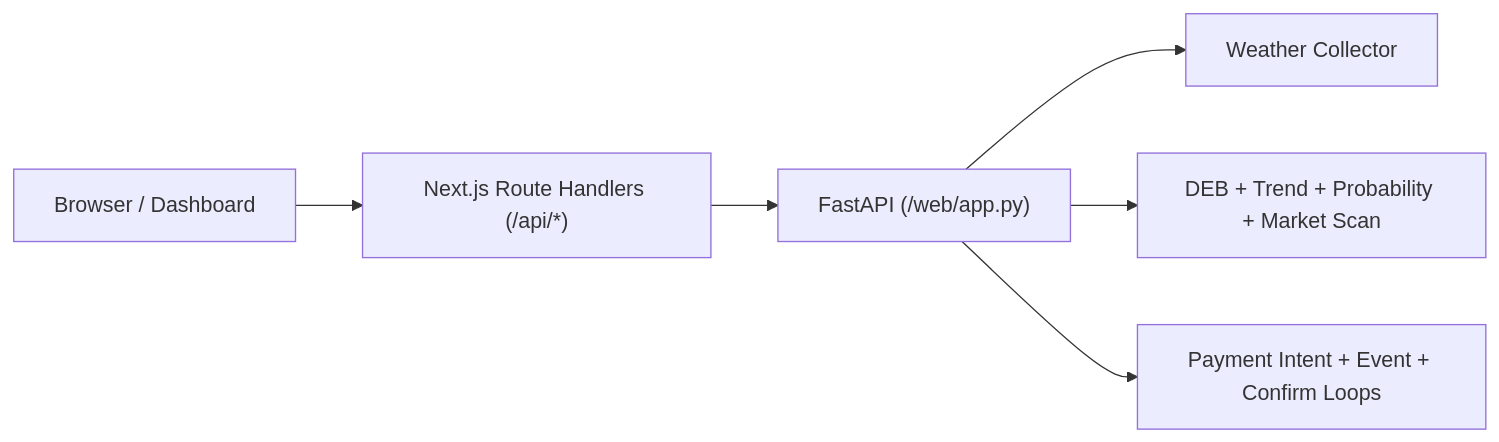
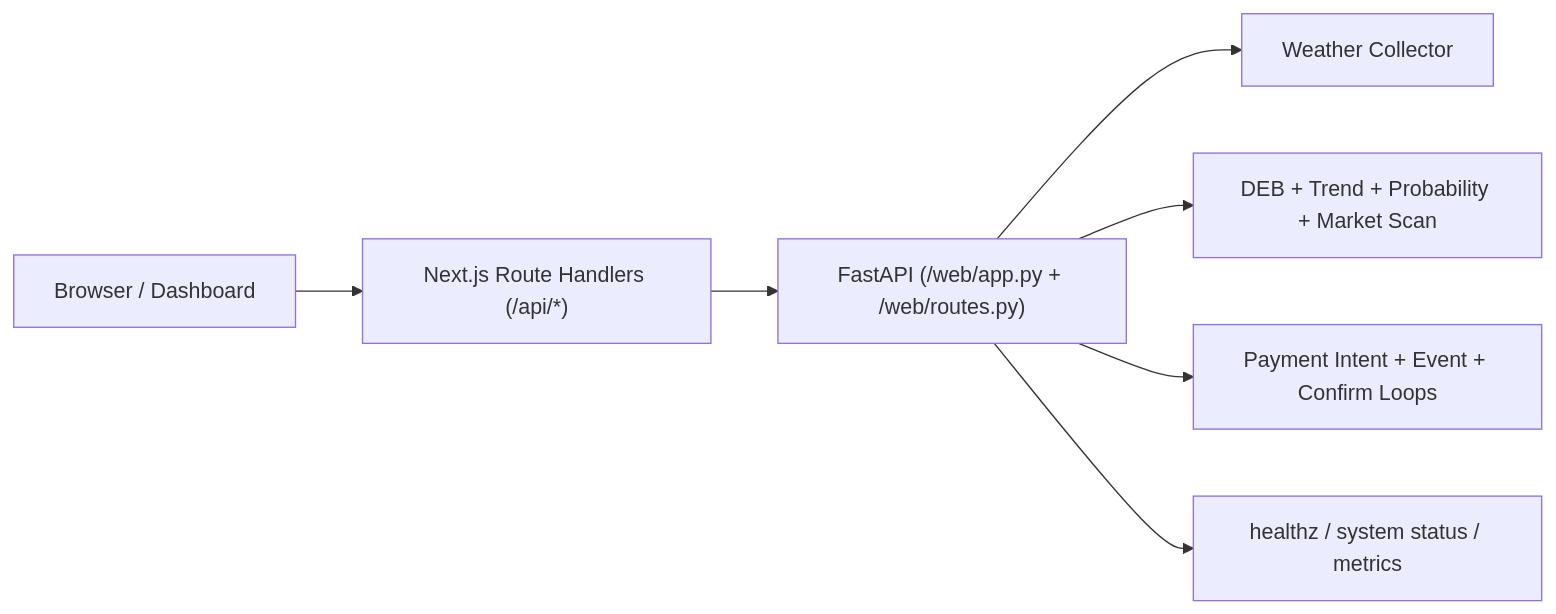
One commit to ivanmladek/PolyWeather changed the diagram in docs/API_ZH.md. Above: the diagram before and after it, drawn with Mermaid. The commit also changed other lines of this file and 6 other files, not shown here.

````diff
--- a/docs/API_ZH.md
+++ b/docs/API_ZH.md
@@ -15,8 +15,9 @@
 ```mermaid
 flowchart LR
     FE["Browser / Dashboard"] --> BFF["Next.js Route Handlers (/api/*)"]
-    BFF --> API["FastAPI (/web/app.py)"]
+    BFF --> API["FastAPI (/web/app.py + /web/routes.py)"]
     API --> WX["Weather Collector"]
     API --> ANA["DEB + Trend + Probability + Market Scan"]
     API --> PAY["Payment Intent + Event + Confirm Loops"]
+    API --> OBS["healthz / system status / metrics"]
 ```
````
